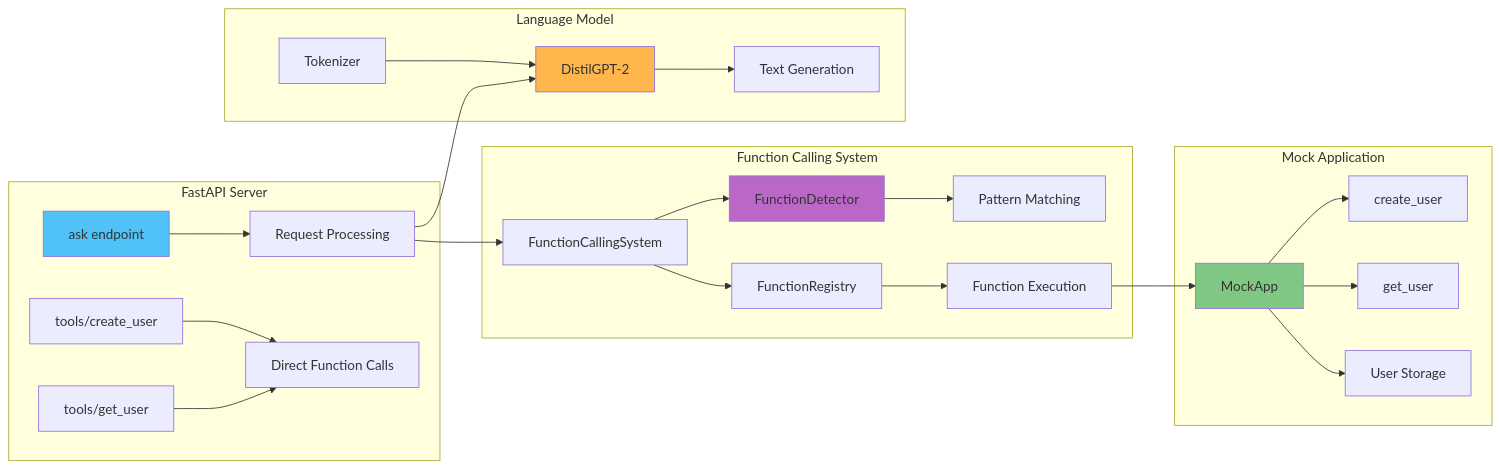
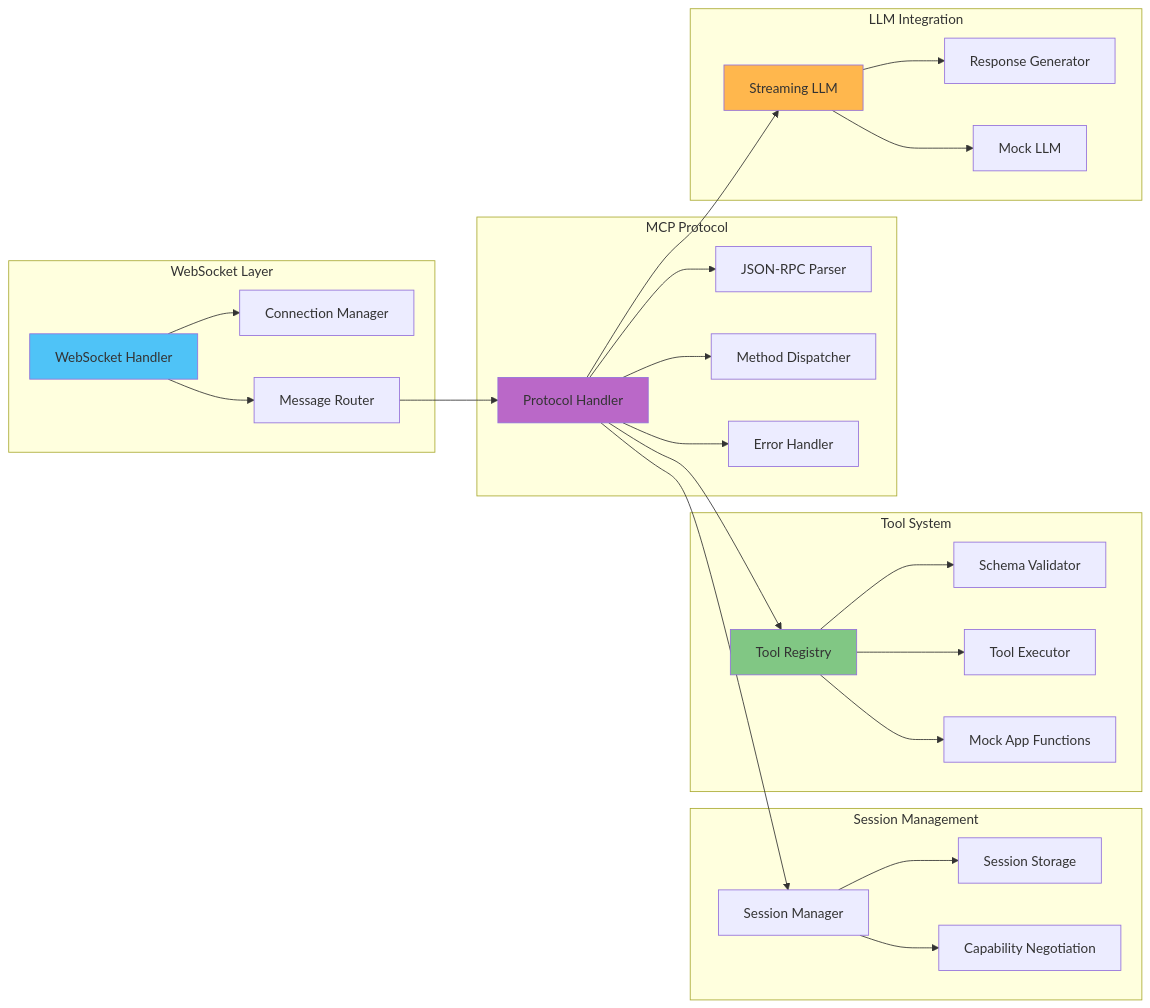
The third of 3 diagrams in README.md (nobody-qwert/mcp_demo), drawn with Mermaid before and after one commit. The commit also changed other lines of this file and 10 other files, not shown here.

First line of the commit message:
v2.0.0: Complete refactoring to MCP-compliant WebSocket server

````diff
--- a/README.md
+++ b/README.md
@@ -75,35 +79,39 @@
 ```mermaid
 graph LR
-    subgraph "FastAPI Server"
-        A["ask endpoint"] --> B[Request Processing]
-        C["tools/create_user"] --> D[Direct Function Calls]
-        E["tools/get_user"] --> D
+    subgraph "WebSocket Layer"
+        A[WebSocket Handler] --> B[Connection Manager]
+        A --> C[Message Router]
     end
     
-    subgraph "Function Calling System"
-        F[FunctionDetector] --> G[Pattern Matching]
-        H[FunctionRegistry] --> I[Function Execution]
-        J[FunctionCallingSystem] --> F
-        J --> H
+    subgraph "MCP Protocol"
+        D[Protocol Handler] --> E[JSON-RPC Parser]
+        D --> F[Method Dispatcher]
+        D --> G[Error Handler]
     end
     
-    subgraph "Mock Application"
-        K[MockApp] --> L[create_user]
-        K --> M[get_user]
-        K --> N[User Storage]
+    subgraph "Session Management"
+        H[Session Manager] --> I[Session Storage]
+        H --> J[Capability Negotiation]
     end
     
-    subgraph "Language Model"
-        O[DistilGPT-2] --> P[Text Generation]
-        Q[Tokenizer] --> O
+    subgraph "Tool System"
+        K[Tool Registry] --> L[Schema Validator]
+        K --> M[Tool Executor]
+        K --> N[Mock App Functions]
     end
     
-    B --> J
-    B --> O
-    I --> K
+    subgraph "LLM Integration"
+        O[Streaming LLM] --> P[Response Generator]
+        O --> Q[Mock LLM]
+    end
+    
+    C --> D
+    D --> H
+    D --> K
+    D --> O
     
     style A fill:#4fc3f7
-    style F fill:#ba68c8
+    style D fill:#ba68c8
     style K fill:#81c784
     style O fill:#ffb74d
 ```
````
